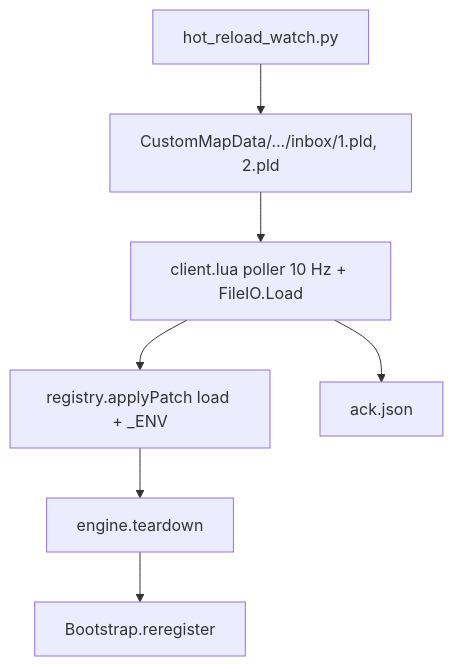
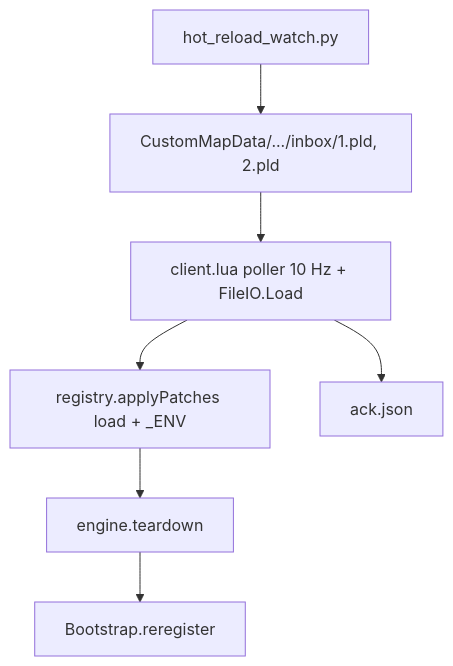
Before and after one commit to Terrpsycore/shadowlands-melee: the diagram in docs/hot-reload.md, drawn with Mermaid. The commit also changed other lines of this file and 15 other files, not shown here.

````diff
--- a/docs/hot-reload.md
+++ b/docs/hot-reload.md
@@ -7,9 +7,9 @@
 ```mermaid
 flowchart TB
   Watch[hot_reload_watch.py] --> Inbox["CustomMapData/.../inbox/1.pld, 2.pld"]
   Inbox --> Poller["client.lua poller 10 Hz + FileIO.Load"]
-  Poller --> Registry["registry.applyPatch load + _ENV"]
+  Poller --> Registry["registry.applyPatches load + _ENV"]
   Registry --> Teardown["engine.teardown"]
   Teardown --> Rereg["Bootstrap.reregister"]
   Poller --> Ack["ack.json"]
 ```
````
